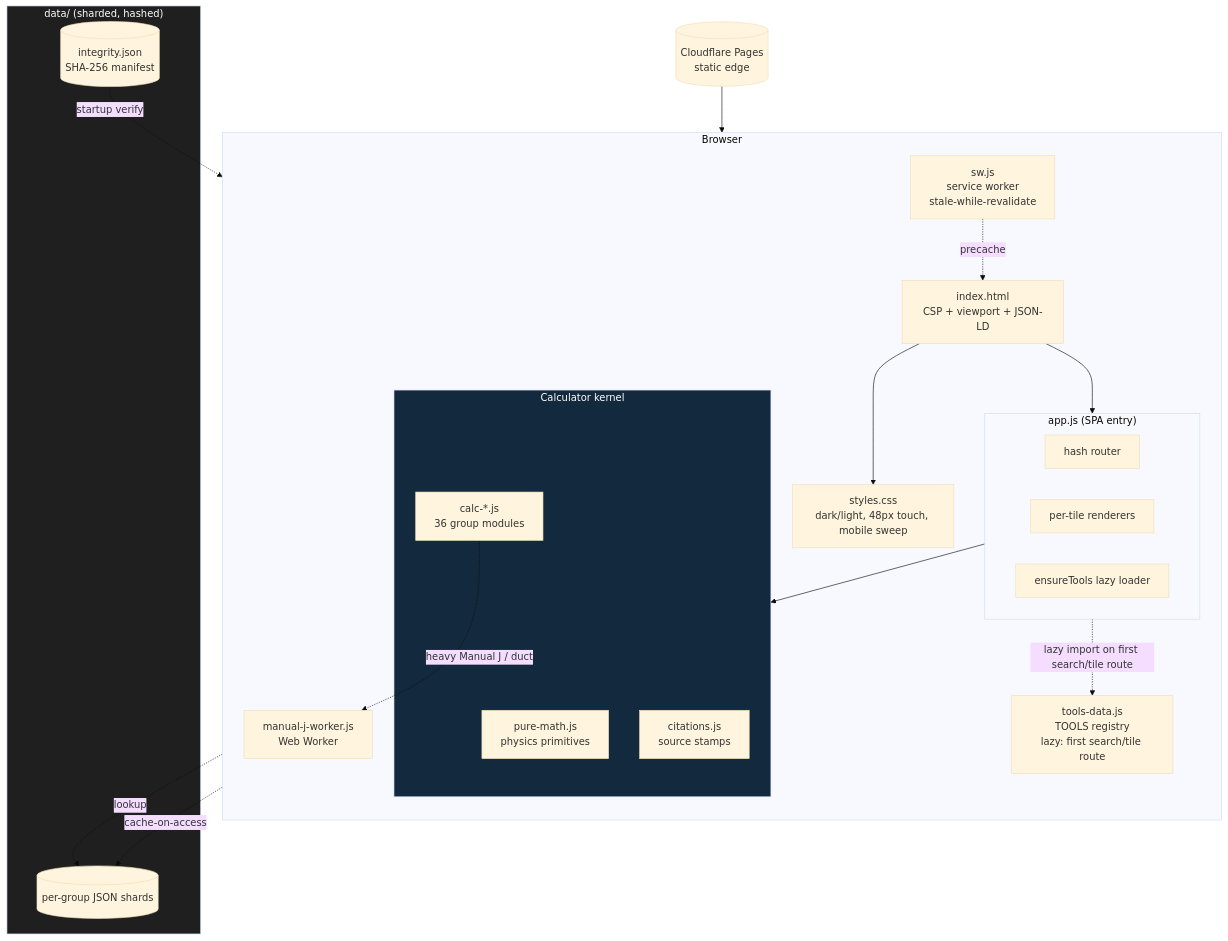
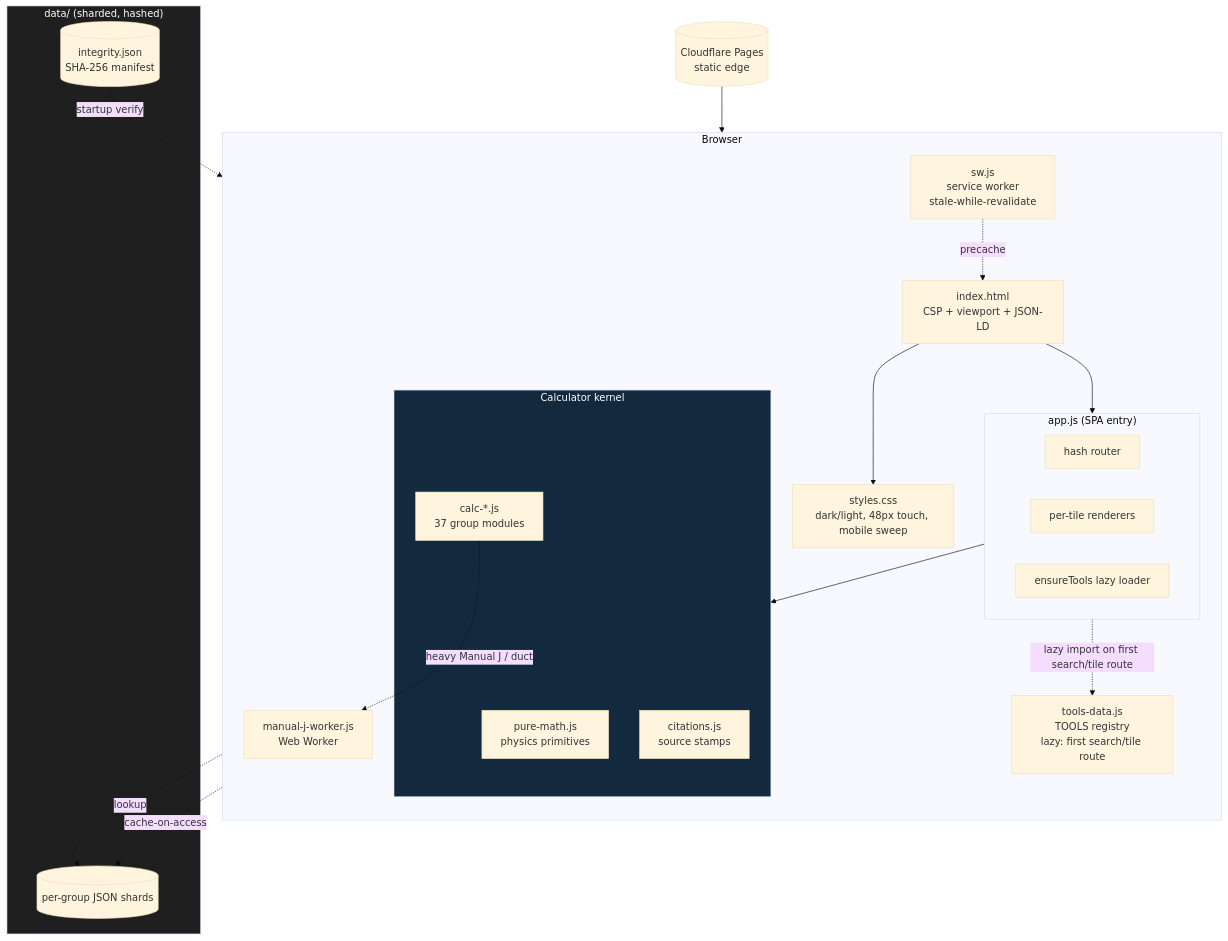
One commit to clay-good/roughlogic.com changed the second of 8 diagrams in README.md. Above: the diagram before and after it, drawn with Mermaid (base theme). The commit also changed other lines of this file and 17 other files, not shown here.

````diff
--- a/README.md
+++ b/README.md
@@ -77,39 +77,39 @@
 ```mermaid
 flowchart TB
     subgraph Browser
         direction TB
         HTML[index.html\nCSP + viewport + JSON-LD]
         CSS[styles.css\ndark/light, 48px touch, mobile sweep]
         subgraph App["app.js (SPA entry)"]
             ROUTE[hash router]
             RENDER[per-tile renderers]
             ENSURE[ensureTools lazy loader]
         end
         TOOLS[tools-data.js\nTOOLS registry\nlazy: first search/tile route]
         subgraph Calc["Calculator kernel"]
             PM[pure-math.js\nphysics primitives]
-            CALC[calc-*.js\n36 group modules]
+            CALC[calc-*.js\n37 group modules]
             CIT[citations.js\nsource stamps]
         end
         SW[sw.js\nservice worker\nstale-while-revalidate]
         WORKER[manual-j-worker.js\nWeb Worker]
     end
     subgraph Data["data/ (sharded, hashed)"]
         SHARDS[(per-group JSON shards)]
         INTEG[(integrity.json\nSHA-256 manifest)]
     end
     CDN[(Cloudflare Pages\nstatic edge)]
 
     CDN --> HTML
     HTML --> CSS
     HTML --> App
     App -.lazy import on first search/tile route.-> TOOLS
     App --> Calc
     CALC -.->|heavy Manual J / duct| WORKER
     CALC -.->|lookup| SHARDS
     SW -.precache.-> HTML
     SW -.cache-on-access.-> SHARDS
     INTEG -.startup verify.-> App
     style Calc fill:#13293d,color:#fff
     style Data fill:#1f1f1f,color:#fff
 ```
````
